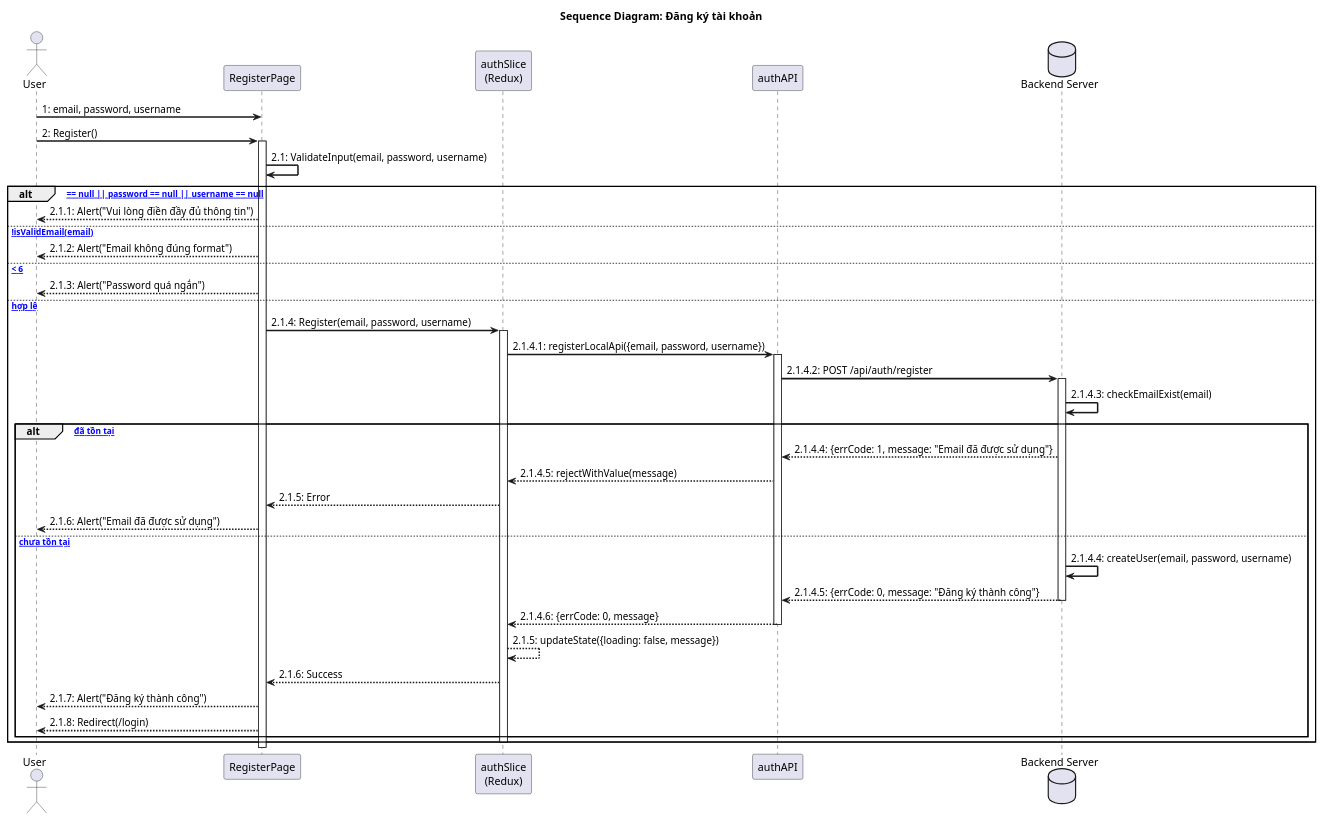
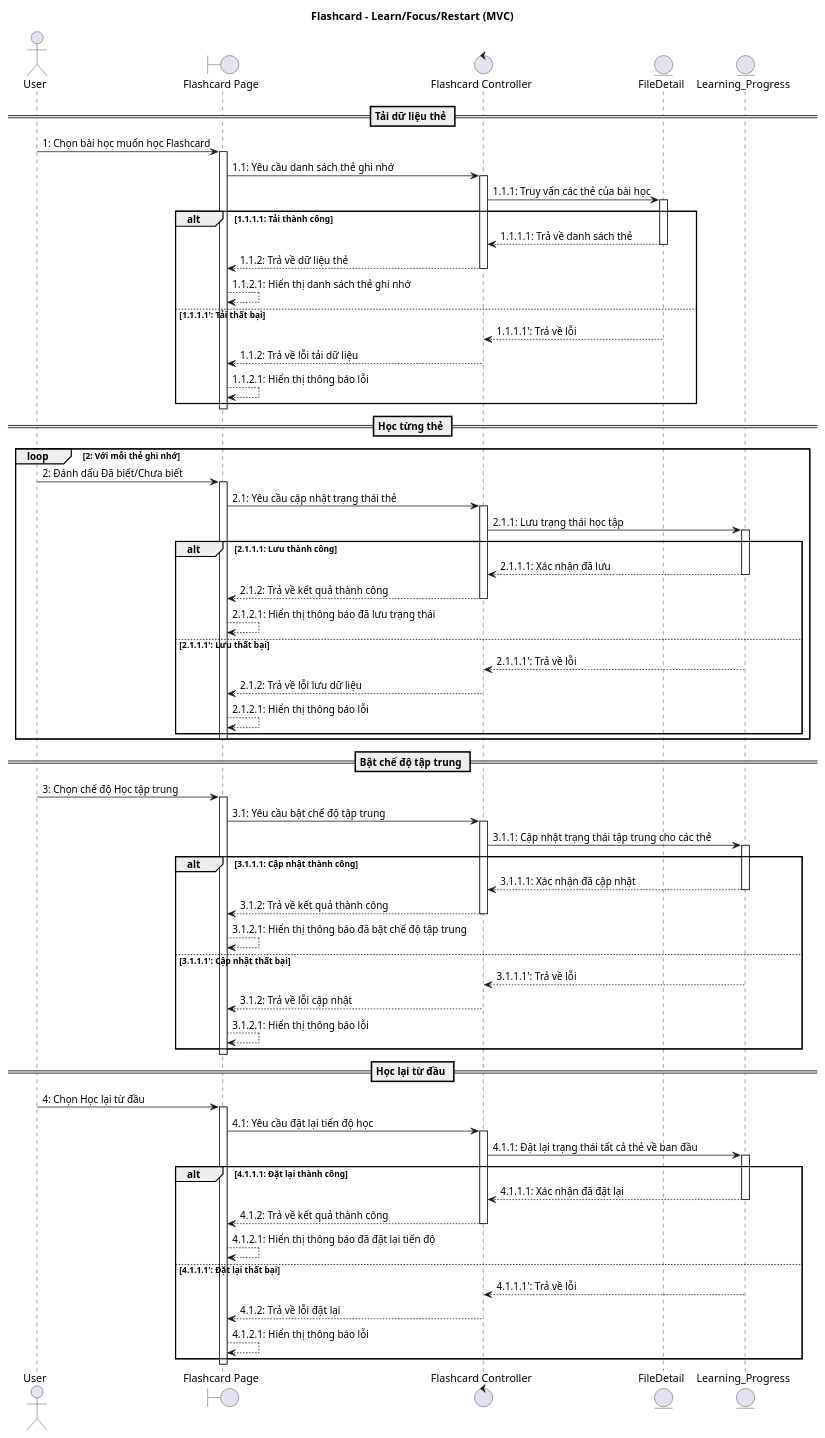
The third of 9 diagrams in readmeSequence.md (quangnguyen11111111/LearnFast), drawn with PlantUML before and after one commit. The commit also changed other lines of this file and 25 other files, not shown here.

````diff
--- a/readmeSequence.md
+++ b/readmeSequence.md
@@ -259,64 +232,104 @@
 ```plantuml
 @startuml
-skinparam sequenceArrowThickness 2
+title Flashcard - Learn/Focus/Restart (MVC)
+actor "User" as User
+boundary "Flashcard Page" as View
+control "Flashcard Controller" as Controller
+entity "FileDetail" as MFileDetail
+entity "Learning_Progress" as MLProgress
 
-title Sequence Diagram: Đăng ký tài khoản
+== Tải dữ liệu thẻ ==
+User -> View: 1: Chọn bài học muốn học Flashcard
+activate View
+View -> Controller: 1.1: Yêu cầu danh sách thẻ ghi nhớ
+activate Controller
+Controller -> MFileDetail: 1.1.1: Truy vấn các thẻ của bài học
+activate MFileDetail
 
-actor User
-participant "RegisterPage" as RP
-participant "authSlice\n(Redux)" as Redux
-participant "authAPI" as API
-database "Backend Server" as Server
+alt 1.1.1.1: Tải thành công
+    MFileDetail --> Controller: 1.1.1.1: Trả về danh sách thẻ
+    deactivate MFileDetail
+    Controller --> View: 1.1.2: Trả về dữ liệu thẻ
+    deactivate Controller
+    View --> View: 1.1.2.1: Hiển thị danh sách thẻ ghi nhớ
+else 1.1.1.1': Tải thất bại
+    MFileDetail --> Controller: 1.1.1.1': Trả về lỗi
+    deactivate MFileDetail
+    Controller --> View: 1.1.2: Trả về lỗi tải dữ liệu
+    deactivate Controller
+    View --> View: 1.1.2.1: Hiển thị thông báo lỗi
+end
+deactivate View
 
-User -> RP: 1: email, password, username
-User -> RP: 2: Register()
-activate RP
+== Học từng thẻ ==
+loop 2: Với mỗi thẻ ghi nhớ
+    User -> View: 2: Đánh dấu Đã biết/Chưa biết
+    activate View
+    View -> Controller: 2.1: Yêu cầu cập nhật trạng thái thẻ
+    activate Controller
+    Controller -> MLProgress: 2.1.1: Lưu trạng thái học tập
+    activate MLProgress
 
-RP -> RP: 2.1: ValidateInput(email, password, username)
+    alt 2.1.1.1: Lưu thành công
+        MLProgress --> Controller: 2.1.1.1: Xác nhận đã lưu
+        deactivate MLProgress
+        Controller --> View: 2.1.2: Trả về kết quả thành công
+        deactivate Controller
+        View --> View: 2.1.2.1: Hiển thị thông báo đã lưu trạng thái
+    else 2.1.1.1': Lưu thất bại
+        MLProgress --> Controller: 2.1.1.1': Trả về lỗi
+        deactivate MLProgress
+        Controller --> View: 2.1.2: Trả về lỗi lưu dữ liệu
+        deactivate Controller
+        View --> View: 2.1.2.1: Hiển thị thông báo lỗi
+    end
+    deactivate View
+end
 
-alt [email == null || password == null || username == null]
-    RP --> User: 2.1.1: Alert("Vui lòng điền đầy đủ thông tin")
+== Bật chế độ tập trung ==
+User -> View: 3: Chọn chế độ Học tập trung
+activate View
+View -> Controller: 3.1: Yêu cầu bật chế độ tập trung
+activate Controller
+Controller -> MLProgress: 3.1.1: Cập nhật trạng thái tập trung cho các thẻ
+activate MLProgress
 
-else [!isValidEmail(email)]
-    RP --> User: 2.1.2: Alert("Email không đúng format")
+alt 3.1.1.1: Cập nhật thành công
+    MLProgress --> Controller: 3.1.1.1: Xác nhận đã cập nhật
+    deactivate MLProgress
+    Controller --> View: 3.1.2: Trả về kết quả thành công
+    deactivate Controller
+    View --> View: 3.1.2.1: Hiển thị thông báo đã bật chế độ tập trung
+else 3.1.1.1': Cập nhật thất bại
+    MLProgress --> Controller: 3.1.1.1': Trả về lỗi
+    deactivate MLProgress
+    Controller --> View: 3.1.2: Trả về lỗi cập nhật
+    deactivate Controller
+    View --> View: 3.1.2.1: Hiển thị thông báo lỗi
+end
+deactivate View
 
-else [password.length < 6]
-    RP --> User: 2.1.3: Alert("Password quá ngắn")
+== Học lại từ đầu ==
+User -> View: 4: Chọn Học lại từ đầu
+activate View
+View -> Controller: 4.1: Yêu cầu đặt lại tiến độ học
+activate Controller
+Controller -> MLProgress: 4.1.1: Đặt lại trạng thái tất cả thẻ về ban đầu
+activate MLProgress
 
-else [Input hợp lệ]
-    RP -> Redux: 2.1.4: Register(email, password, username)
-    activate Redux
-
-    Redux -> API: 2.1.4.1: registerLocalApi({email, password, username})
-    activate API
-
-    API -> Server: 2.1.4.2: POST /api/auth/register
-    activate Server
-
-    Server -> Server: 2.1.4.3: checkEmailExist(email)
-
-    alt [email đã tồn tại]
-        Server --> API: 2.1.4.4: {errCode: 1, message: "Email đã được sử dụng"}
-        API --> Redux: 2.1.4.5: rejectWithValue(message)
-        Redux --> RP: 2.1.5: Error
-        RP --> User: 2.1.6: Alert("Email đã được sử dụng")
-
-    else [email chưa tồn tại]
-        Server -> Server: 2.1.4.4: createUser(email, password, username)
-        Server --> API: 2.1.4.5: {errCode: 0, message: "Đăng ký thành công"}
-        deactivate Server
-        API --> Redux: 2.1.4.6: {errCode: 0, message}
-        deactivate API
-
-        Redux --> Redux: 2.1.5: updateState({loading: false, message})
-        Redux --> RP: 2.1.6: Success
-
-        RP --> User: 2.1.7: Alert("Đăng ký thành công")
-        RP --> User: 2.1.8: Redirect(/login)
-    end
-    deactivate Redux
+alt 4.1.1.1: Đặt lại thành công
+    MLProgress --> Controller: 4.1.1.1: Xác nhận đã đặt lại
+    deactivate MLProgress
+    Controller --> View: 4.1.2: Trả về kết quả thành công
+    deactivate Controller
+    View --> View: 4.1.2.1: Hiển thị thông báo đã đặt lại tiến độ
+else 4.1.1.1': Đặt lại thất bại
+    MLProgress --> Controller: 4.1.1.1': Trả về lỗi
+    deactivate MLProgress
+    Controller --> View: 4.1.2: Trả về lỗi đặt lại
+    deactivate Controller
+    View --> View: 4.1.2.1: Hiển thị thông báo lỗi
 end
-deactivate RP
-
+deactivate View
 @enduml
 ```
````
